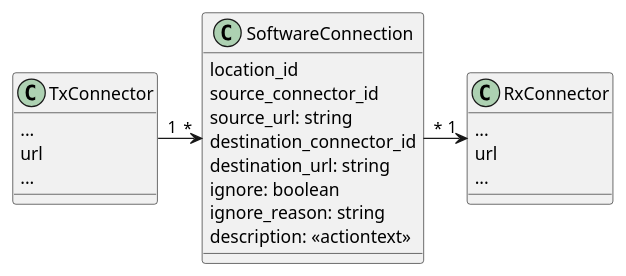
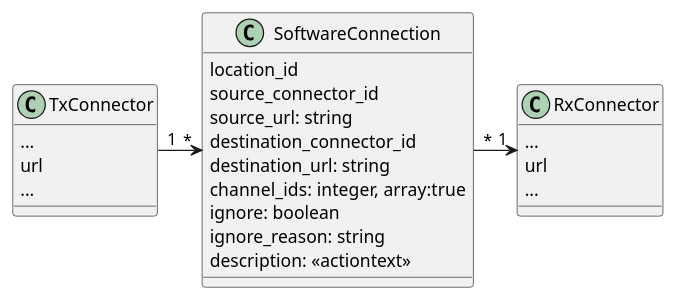
One commit to swobspace/mirco changed the diagram in public/docs/dev-notes/_images/software-connections.puml. Above: the diagram before and after it, drawn with PlantUML. The commit also changed 23 other files, not shown here.

Commit message:
add channel_ids to software connection

```diff
--- a/public/docs/dev-notes/_images/software-connections.puml
+++ b/public/docs/dev-notes/_images/software-connections.puml
@@ -1,28 +1,29 @@
 @startuml
 
 class TxConnector {
   ...
   url
   ...
 }
 
 class SoftwareConnection {
   location_id
   source_connector_id
   source_url: string
   destination_connector_id
   destination_url: string
+  channel_ids: integer, array:true
   ignore: boolean
   ignore_reason: string
   description: <<actiontext>>
 }
 
 class RxConnector {
   ...
   url
   ...
 }
 
 TxConnector "1" -> "*" SoftwareConnection
 SoftwareConnection "*" -> "1" RxConnector
 @enduml
```
